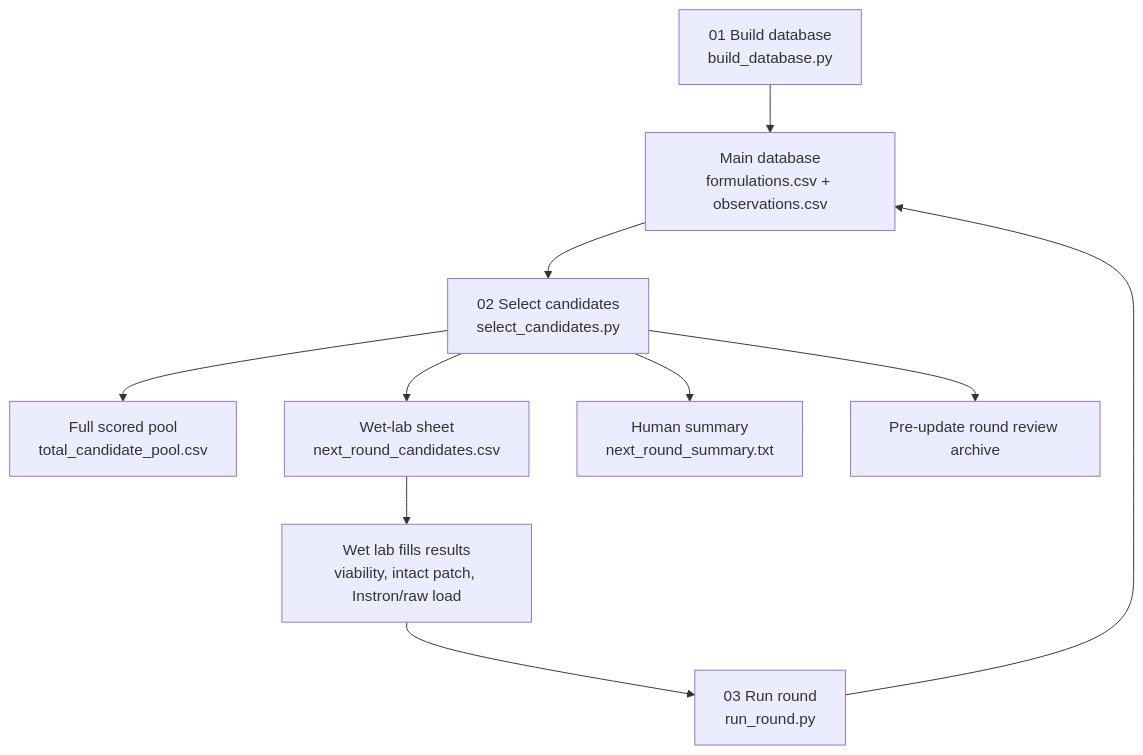
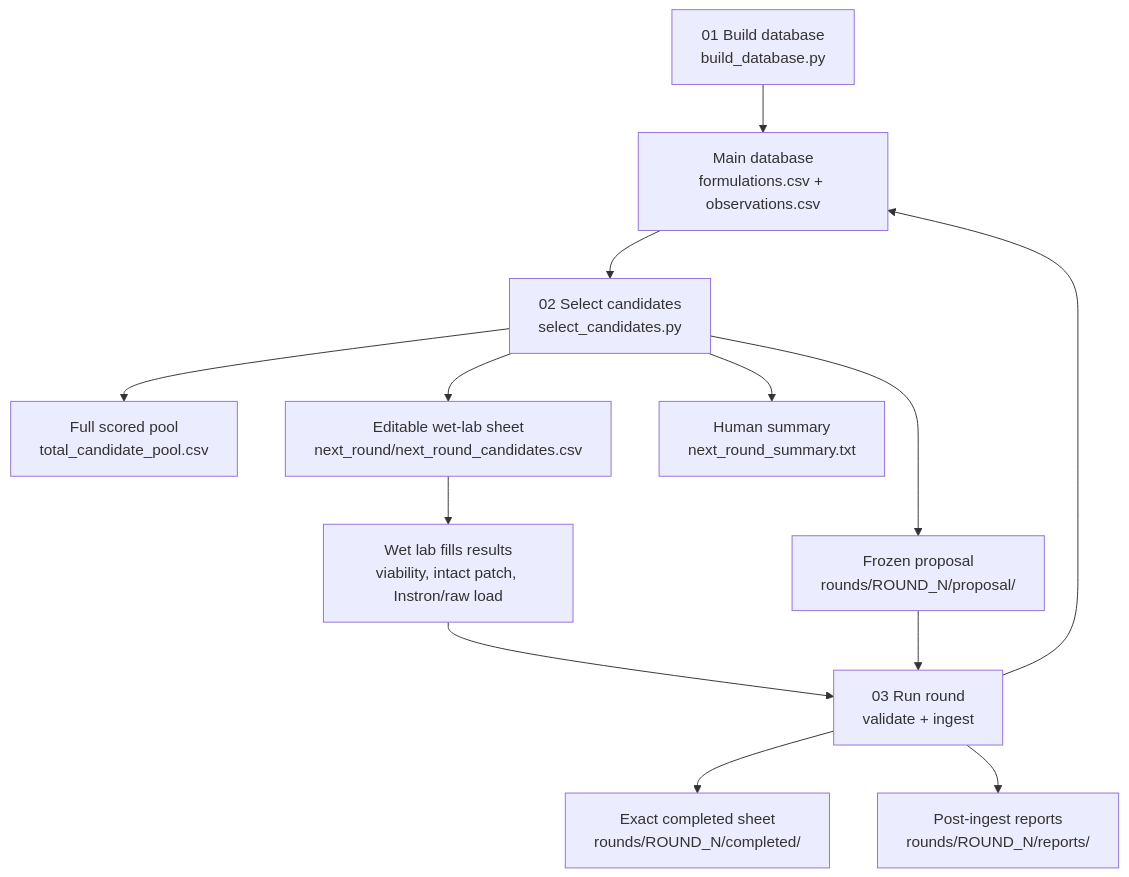
Before and after one commit to baitmeister/ML-for-CryoMN: the diagram in src/08_multi_objective/README.md, drawn with Mermaid. The commit also changed other lines of this file and 35 other files, not shown here.

````diff
--- a/src/08_multi_objective/README.md
+++ b/src/08_multi_objective/README.md
@@ -199,12 +232,15 @@
 ```mermaid
 flowchart TD
     A["01 Build database<br/>build_database.py"] --> B["Main database<br/>formulations.csv + observations.csv"]
     B --> C["02 Select candidates<br/>select_candidates.py"]
     C --> P["Full scored pool<br/>total_candidate_pool.csv"]
-    C --> D["Wet-lab sheet<br/>next_round_candidates.csv"]
+    C --> Q["Frozen proposal<br/>rounds/ROUND_N/proposal/"]
+    C --> D["Editable wet-lab sheet<br/>next_round/next_round_candidates.csv"]
     C --> E["Human summary<br/>next_round_summary.txt"]
     D --> F["Wet lab fills results<br/>viability, intact patch, Instron/raw load"]
-    C --> R["Pre-update round review archive"]
-    F --> G["03 Run round<br/>run_round.py"]
+    F --> G["03 Run round<br/>validate + ingest"]
+    Q --> G
+    G --> H["Exact completed sheet<br/>rounds/ROUND_N/completed/"]
+    G --> I["Post-ingest reports<br/>rounds/ROUND_N/reports/"]
     G --> B
 ```
````
